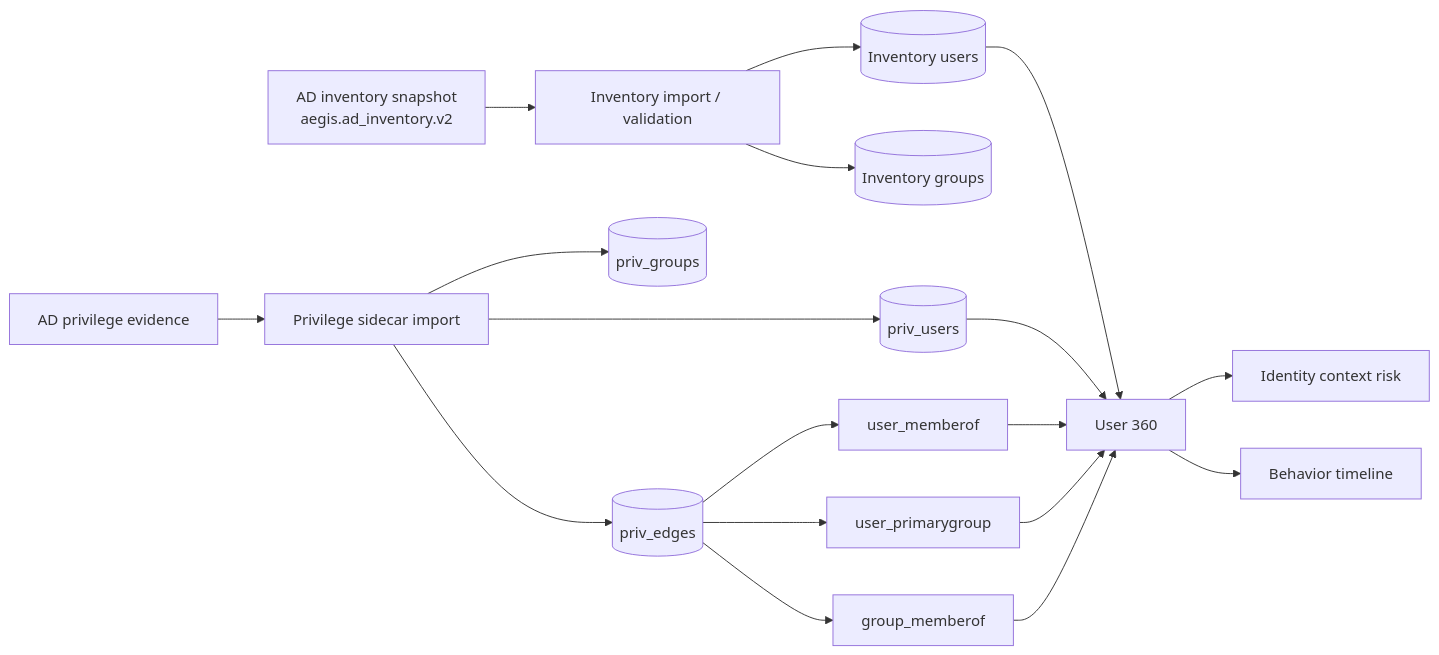
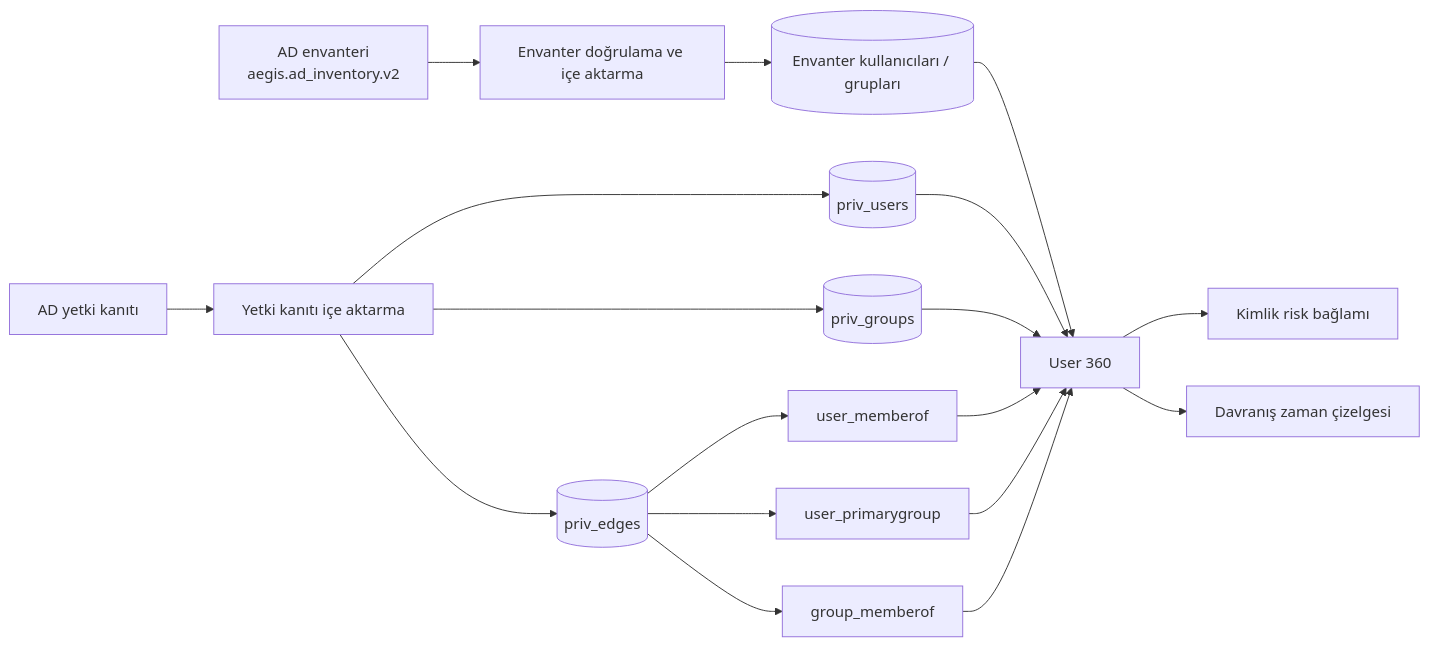
One commit to mahirkau1/AEGIS-SOC changed the third of 3 diagrams in docs/architecture.md. Above: the diagram before and after it, drawn with Mermaid. The commit also changed other lines of this file and 10 other files, not shown here.

````diff
--- a/docs/architecture.md
+++ b/docs/architecture.md
@@ -73,20 +89,20 @@
 ```mermaid
 flowchart LR
-  AD[AD inventory snapshot<br/>aegis.ad_inventory.v2] --> IMP[Inventory import / validation]
-  PRIV[AD privilege evidence] --> IMP2[Privilege sidecar import]
-  IMP --> USERS[(Inventory users)]
-  IMP --> GROUPS[(Inventory groups)]
-  IMP2 --> PU[(priv_users)]
-  IMP2 --> PG[(priv_groups)]
-  IMP2 --> EDGE[(priv_edges)]
-  EDGE --> DIRECT[user_memberof]
-  EDGE --> PRIMARY[user_primarygroup]
-  EDGE --> NESTED[group_memberof]
-  USERS --> U360[User 360]
-  PU --> U360
-  DIRECT --> U360
-  PRIMARY --> U360
-  NESTED --> U360
-  U360 --> RISK[Identity context risk]
-  U360 --> TIME[Behavior timeline]
+    AD[AD envanteri<br/>aegis.ad_inventory.v2] --> VI[Envanter doğrulama ve içe aktarma]
+    PE[AD yetki kanıtı] --> PI[Yetki kanıtı içe aktarma]
+    VI --> IU[(Envanter kullanıcıları / grupları)]
+    PI --> PU[(priv_users)]
+    PI --> PG[(priv_groups)]
+    PI --> ED[(priv_edges)]
+    ED --> DIR[user_memberof]
+    ED --> PRI[user_primarygroup]
+    ED --> NES[group_memberof]
+    IU --> U[User 360]
+    PU --> U
+    PG --> U
+    DIR --> U
+    PRI --> U
+    NES --> U
+    U --> R[Kimlik risk bağlamı]
+    U --> T[Davranış zaman çizelgesi]
 ```
````
